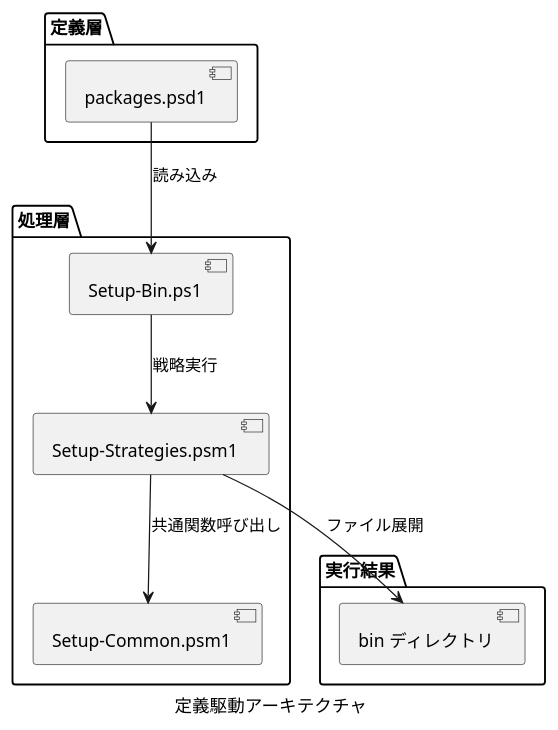
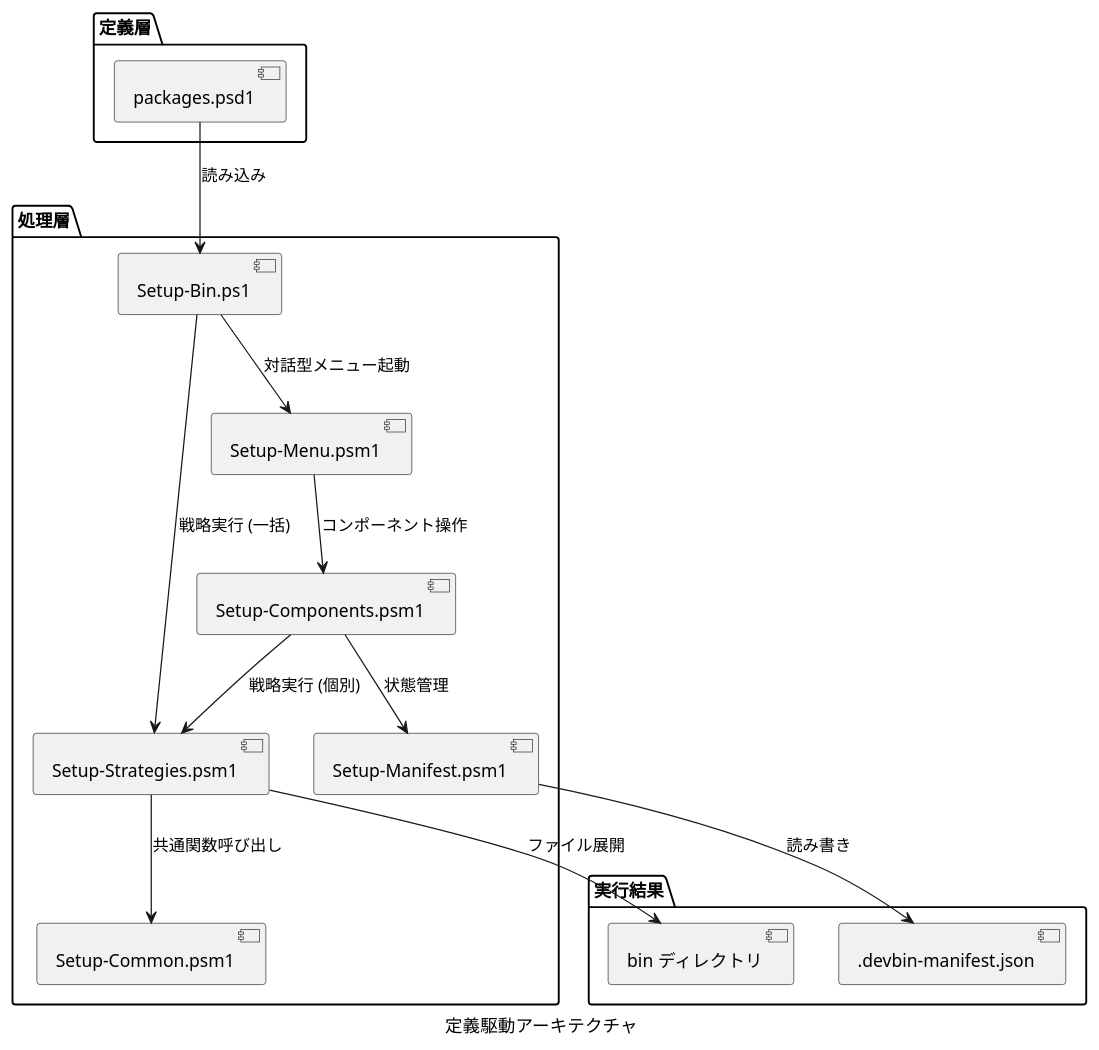
Before and after one commit to Hondarer/devbin-win: the first of 2 diagrams in docs-src/setup-bin-design.md, drawn with PlantUML. The commit also changed other lines of this file and 10 other files, not shown here.

````diff
--- a/docs-src/setup-bin-design.md
+++ b/docs-src/setup-bin-design.md
@@ -27,23 +29,32 @@
 ```plantuml
 @startuml 定義駆動アーキテクチャ
 caption 定義駆動アーキテクチャ
 package "定義層" {
   [packages.psd1] as config
 }
 
 package "処理層" {
   [Setup-Bin.ps1] as main
   [Setup-Strategies.psm1] as strategies
   [Setup-Common.psm1] as common
+  [Setup-Manifest.psm1] as manifest
+  [Setup-Components.psm1] as components
+  [Setup-Menu.psm1] as menu
 }
 
 package "実行結果" {
   [bin ディレクトリ] as bin
+  [.devbin-manifest.json] as mfile
 }
 
 config --> main : 読み込み
-main --> strategies : 戦略実行
+main --> strategies : 戦略実行 (一括)
+main --> menu : 対話型メニュー起動
+menu --> components : コンポーネント操作
+components --> strategies : 戦略実行 (個別)
+components --> manifest : 状態管理
 strategies --> common : 共通関数呼び出し
 strategies --> bin : ファイル展開
+manifest --> mfile : 読み書き
 @enduml
 ```
````
